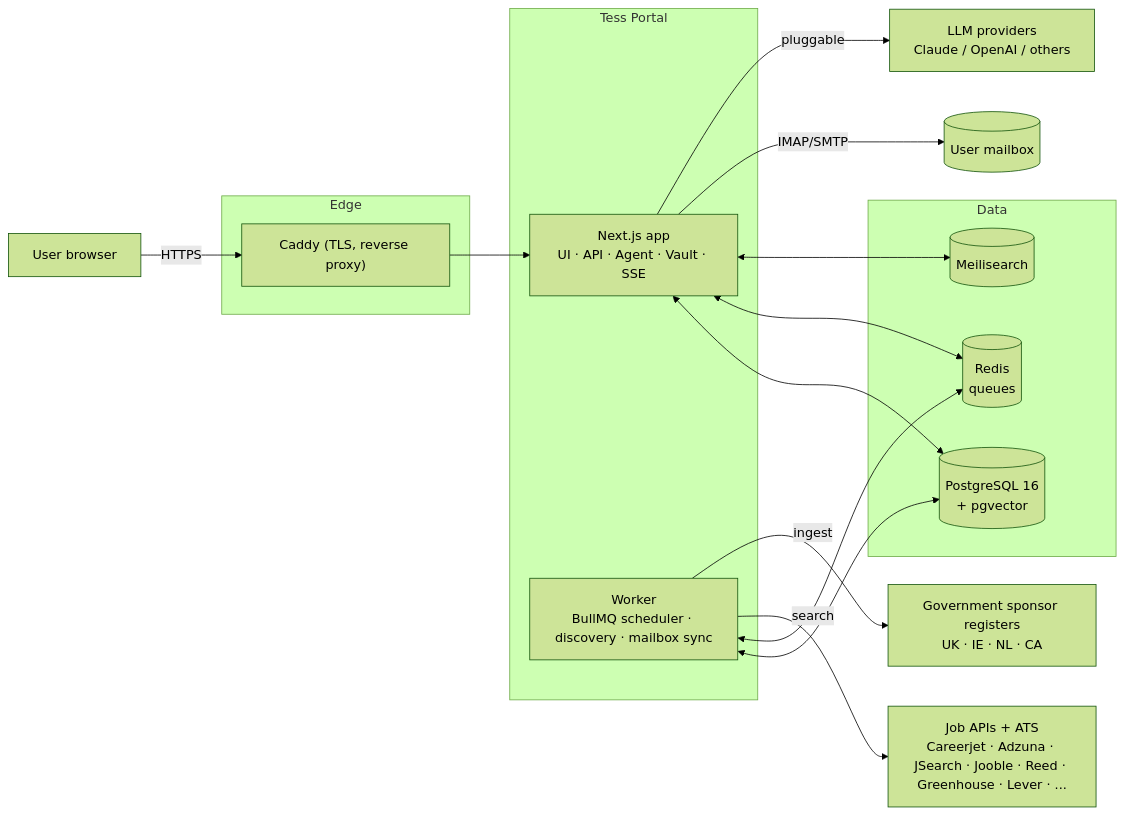
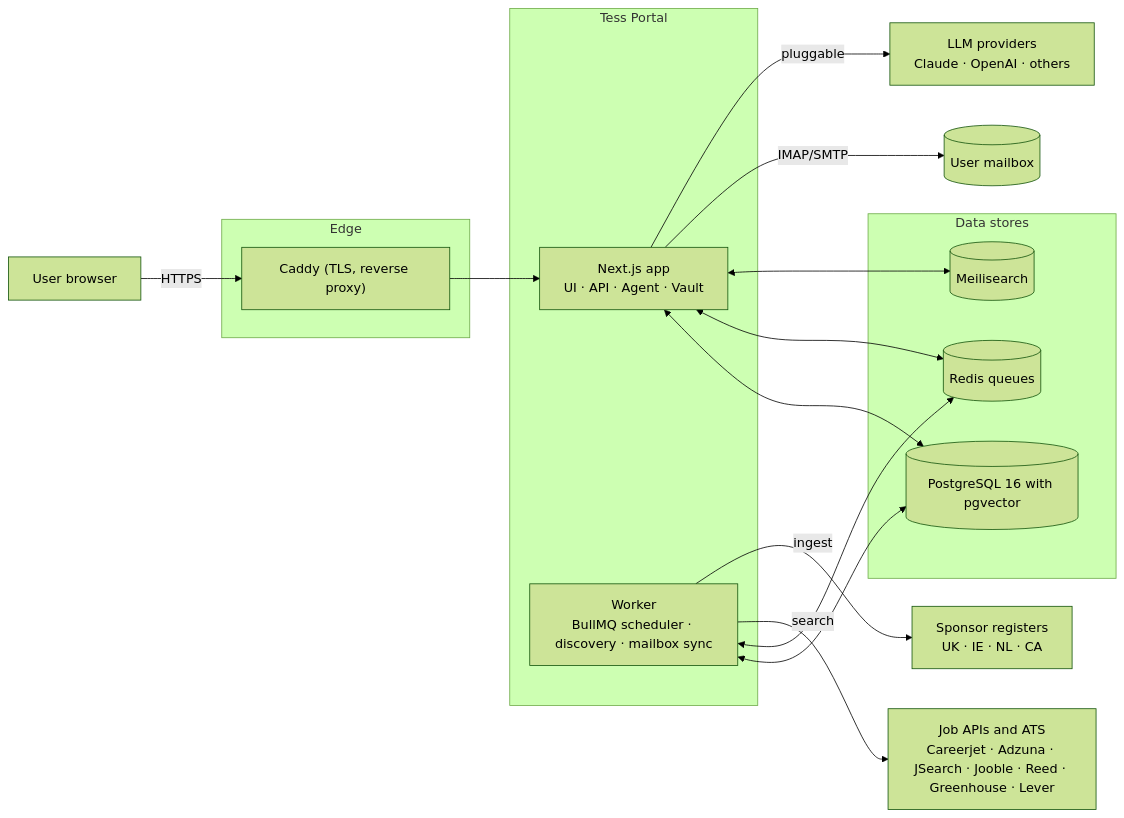
The diagram in README.md (ememndon/tess_portal), drawn with Mermaid (forest theme) before and after one commit.

Commit message:
Fix Mermaid architecture diagram render (drop br/special chars from cylinder nodes)

````diff
--- a/README.md
+++ b/README.md
@@ -81,28 +81,35 @@
 ```mermaid
 flowchart LR
+    Browser["User browser"]
+
     subgraph Edge
         Caddy["Caddy (TLS, reverse proxy)"]
     end
 
     subgraph Core["Tess Portal"]
-        Web["Next.js app<br/>UI · API · Agent · Vault · SSE"]
+        Web["Next.js app<br/>UI · API · Agent · Vault"]
         Worker["Worker<br/>BullMQ scheduler · discovery · mailbox sync"]
     end
 
-    subgraph Data
-        DB[(PostgreSQL 16<br/>+ pgvector)]
-        Redis[(Redis<br/>queues)]
+    subgraph Data["Data stores"]
+        DB[(PostgreSQL 16 with pgvector)]
+        Redis[(Redis queues)]
         Search[(Meilisearch)]
     end
 
-    Browser["User browser"] -->|HTTPS| Caddy --> Web
+    Providers["Job APIs and ATS<br/>Careerjet · Adzuna · JSearch · Jooble · Reed · Greenhouse · Lever"]
+    Registers["Sponsor registers<br/>UK · IE · NL · CA"]
+    Mail[(User mailbox)]
+    LLM["LLM providers<br/>Claude · OpenAI · others"]
+
+    Browser -->|HTTPS| Caddy --> Web
     Web <--> DB
     Web <--> Redis
     Web <--> Search
     Worker <--> DB
     Worker <--> Redis
-    Worker -->|search| Providers["Job APIs + ATS<br/>Careerjet · Adzuna · JSearch · Jooble · Reed · Greenhouse · Lever · ..."]
-    Worker -->|ingest| Registers["Government sponsor registers<br/>UK · IE · NL · CA"]
-    Web -->|IMAP/SMTP| Mail[(User mailbox)]
-    Web -->|pluggable| LLM["LLM providers<br/>Claude / OpenAI / others"]
+    Worker -->|search| Providers
+    Worker -->|ingest| Registers
+    Web -->|IMAP/SMTP| Mail
+    Web -->|pluggable| LLM
 ```
````
